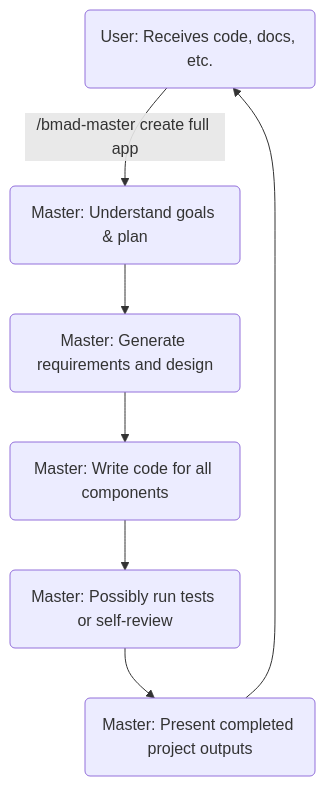
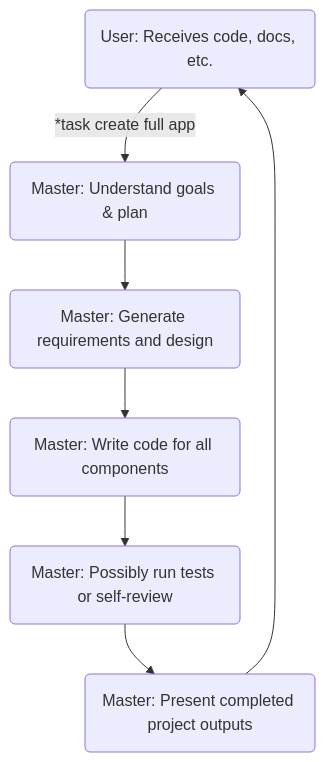
Before and after one commit to hitesh-goel/BMAD-METHOD: diagram 18 of 20 in diagrams.md, drawn with Mermaid. The commit also changed other lines of this file, not shown here.

Commit message:
refactor: update flowchart commands in diagrams.md to use asterisk prefix for consistency and clarity. Enhanced agent command structures and added detailed workflow conditional flows for improved documentation.

````diff
--- a/diagrams.md
+++ b/diagrams.md
@@ -508,9 +738,9 @@
 ```mermaid
 flowchart TD
-    U(User: Broad request) -->|"/bmad-master create full app"| M(Master: Understand goals & plan)
+    U(User: Broad request) -->|"*task create full app"| M(Master: Understand goals & plan)
     M --> M1(Master: Generate requirements and design)
     M1 --> M2(Master: Write code for all components)
     M2 --> M3(Master: Possibly run tests or self-review)
     M3 --> M4(Master: Present completed project outputs)
     M4 --> U(User: Receives code, docs, etc.)
 ```
````
